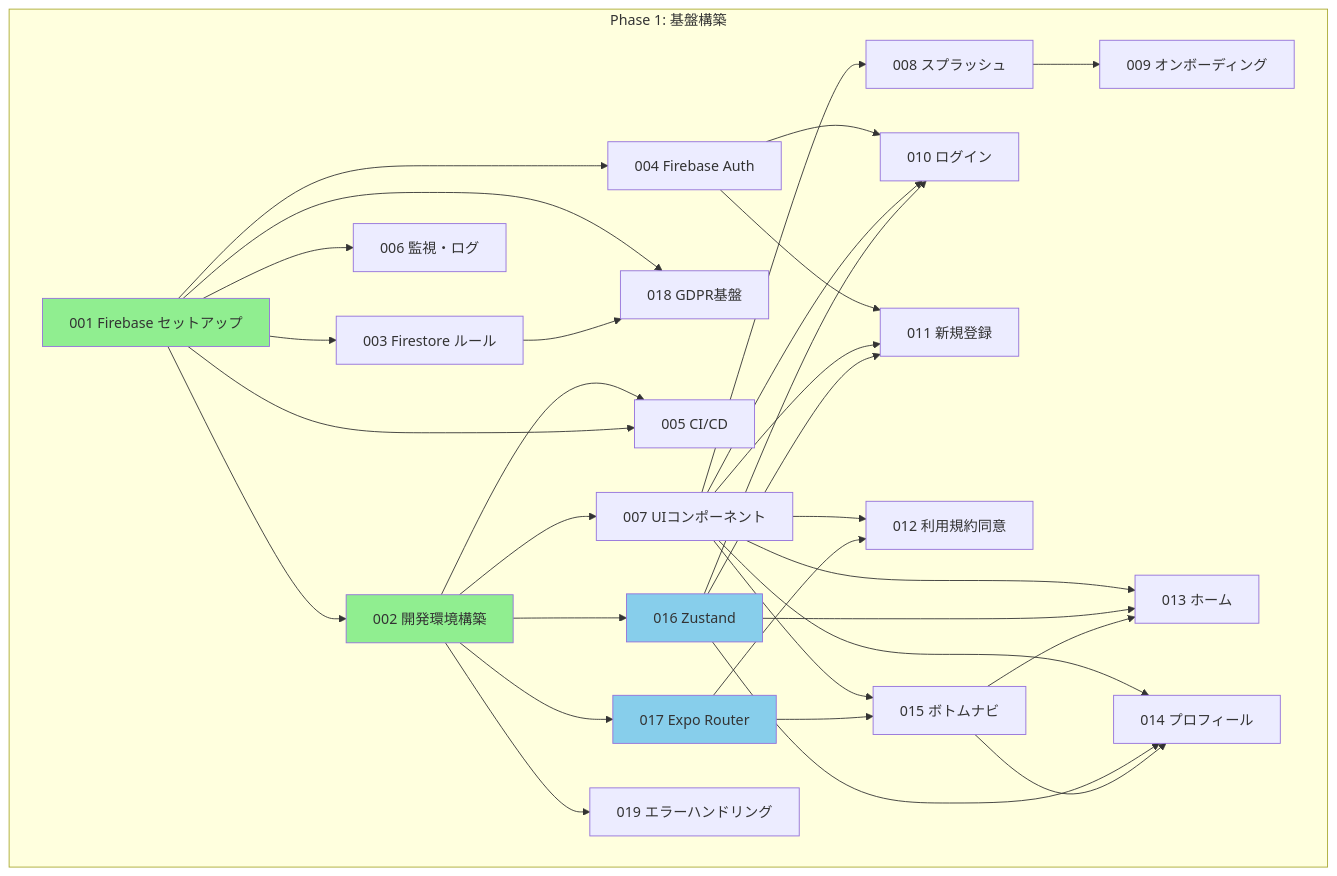
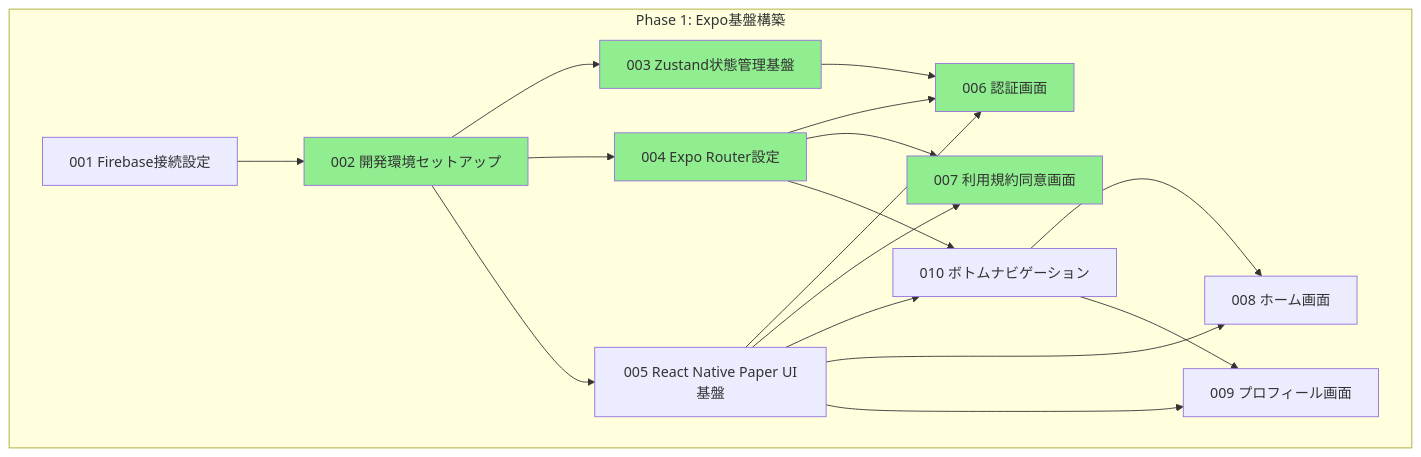
Before and after one commit to Daiki01234567/ai_fitness_app: the second of 3 diagrams in docs/expo/tickets/000-ticket-overview.md, drawn with Mermaid. The commit also changed other lines of this file and 118 other files, not shown here.

````diff
--- a/docs/expo/tickets/000-ticket-overview.md
+++ b/docs/expo/tickets/000-ticket-overview.md
@@ -193,60 +238,37 @@
 ```mermaid
 graph TD
-    subgraph Phase1[Phase 1: 基盤構築]
-        001[001 Firebase セットアップ]
-        002[002 開発環境構築]
-        003[003 Firestore ルール]
-        004[004 Firebase Auth]
-        005[005 CI/CD]
-        006[006 監視・ログ]
-        007[007 UIコンポーネント]
-        008[008 スプラッシュ]
-        009[009 オンボーディング]
-        010[010 ログイン]
-        011[011 新規登録]
-        012[012 利用規約同意]
-        013[013 ホーム]
-        014[014 プロフィール]
-        015[015 ボトムナビ]
-        016[016 Zustand]
-        017[017 Expo Router]
-        018[018 GDPR基盤]
-        019[019 エラーハンドリング]
+    subgraph Phase1[Phase 1: Expo基盤構築]
+        001[001 Firebase接続設定]
+        002[002 開発環境セットアップ]
+        003[003 Zustand状態管理基盤]
+        004[004 Expo Router設定]
+        005[005 React Native Paper UI基盤]
+        006[006 認証画面]
+        007[007 利用規約同意画面]
+        008[008 ホーム画面]
+        009[009 プロフィール画面]
+        010[010 ボトムナビゲーション]
 
         001 --> 002
-        001 --> 003
-        001 --> 004
-        001 --> 006
-        001 --> 018
+        002 --> 003
+        002 --> 004
         002 --> 005
-        001 --> 005
-        002 --> 007
-        002 --> 016
-        002 --> 017
-        002 --> 019
-        007 --> 008
-        008 --> 009
-        003 --> 018
+        003 --> 006
+        004 --> 006
+        005 --> 006
+        004 --> 007
+        005 --> 007
         004 --> 010
-        004 --> 011
-        007 --> 010
-        007 --> 011
-        007 --> 012
-        007 --> 013
-        007 --> 014
-        007 --> 015
-        016 --> 010
-        016 --> 011
-        016 --> 013
-        016 --> 014
-        017 --> 012
-        017 --> 015
-        015 --> 013
-        015 --> 014
+        005 --> 010
+        005 --> 008
+        005 --> 009
+        010 --> 008
+        010 --> 009
     end
 
-    style 001 fill:#90EE90
     style 002 fill:#90EE90
-    style 016 fill:#87CEEB
-    style 017 fill:#87CEEB
+    style 003 fill:#90EE90
+    style 004 fill:#90EE90
+    style 006 fill:#90EE90
+    style 007 fill:#90EE90
 ```
````
